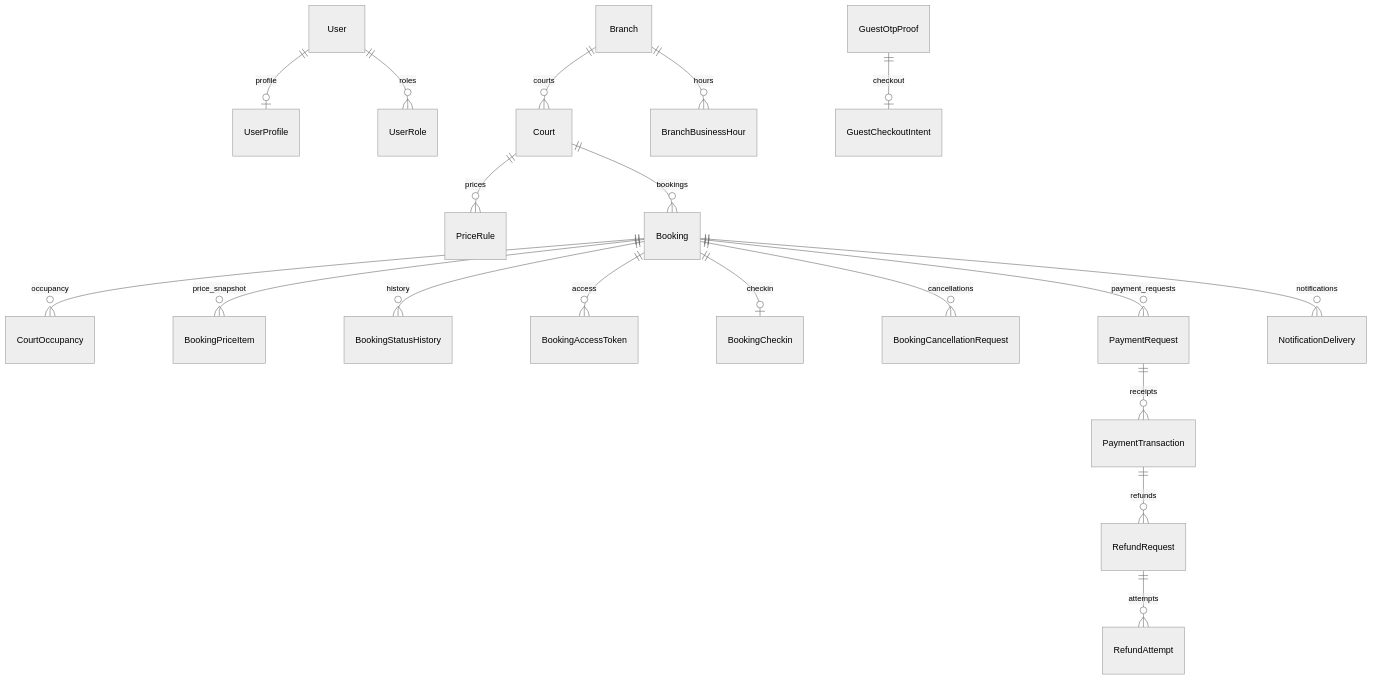
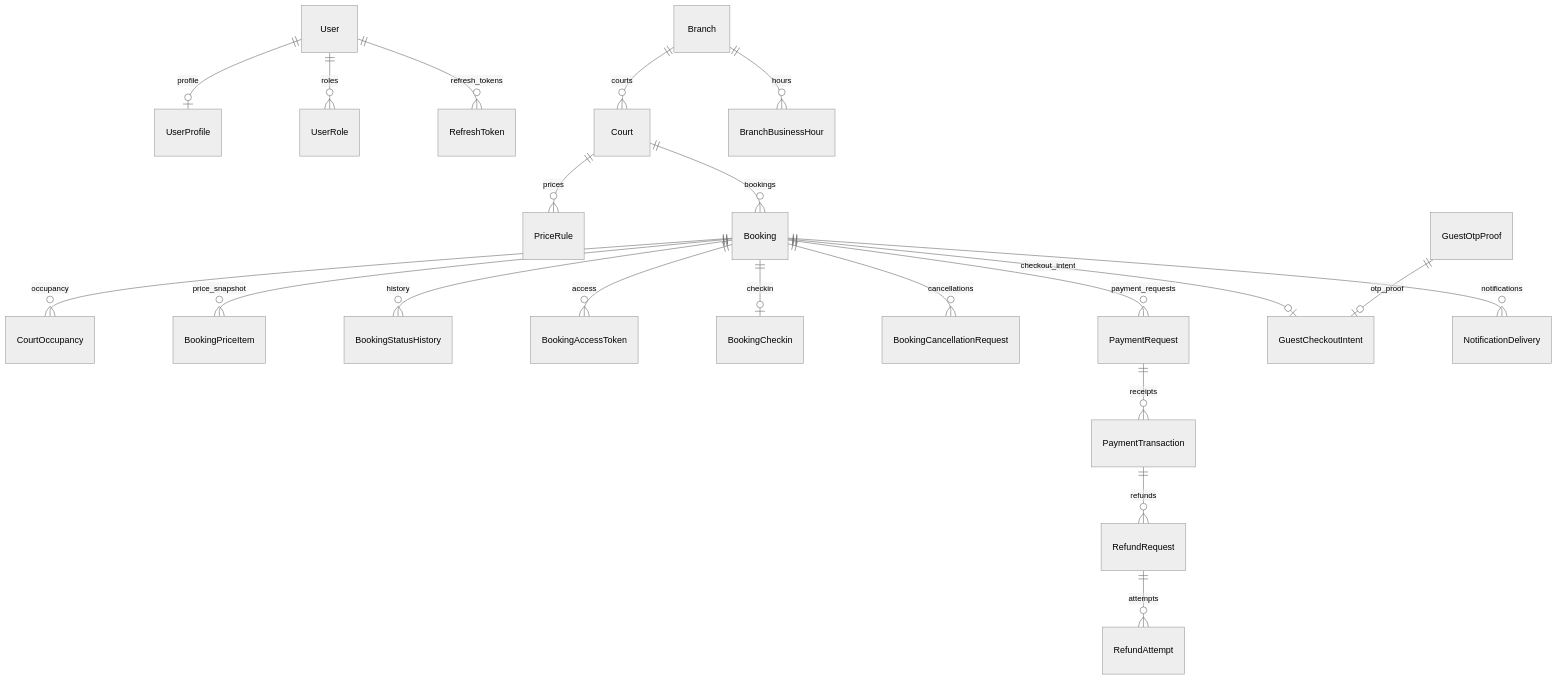
Before and after one commit to QuanVu512/BookingManagement: the diagram in docs/DATABASE.md, drawn with Mermaid (neutral theme). The commit also changed other lines of this file and 3 other files, not shown here.

Commit message:
docs: sync technical documentation with current backend,     frontend, and Prisma schema

````diff
--- a/docs/DATABASE.md
+++ b/docs/DATABASE.md
@@ -23,21 +24,23 @@
 ```mermaid
 erDiagram
   User ||--o| UserProfile : profile
   User ||--o{ UserRole : roles
+  User ||--o{ RefreshToken : refresh_tokens
   Branch ||--o{ Court : courts
   Branch ||--o{ BranchBusinessHour : hours
   Court ||--o{ PriceRule : prices
   Court ||--o{ Booking : bookings
   Booking ||--o{ CourtOccupancy : occupancy
   Booking ||--o{ BookingPriceItem : price_snapshot
   Booking ||--o{ BookingStatusHistory : history
   Booking ||--o{ BookingAccessToken : access
   Booking ||--o| BookingCheckin : checkin
   Booking ||--o{ BookingCancellationRequest : cancellations
   Booking ||--o{ PaymentRequest : payment_requests
+  Booking ||--o| GuestCheckoutIntent : checkout_intent
+  GuestOtpProof ||--o| GuestCheckoutIntent : otp_proof
   PaymentRequest ||--o{ PaymentTransaction : receipts
-  GuestOtpProof ||--o| GuestCheckoutIntent : checkout
   PaymentTransaction ||--o{ RefundRequest : refunds
   RefundRequest ||--o{ RefundAttempt : attempts
   Booking ||--o{ NotificationDelivery : notifications
 ```
````
